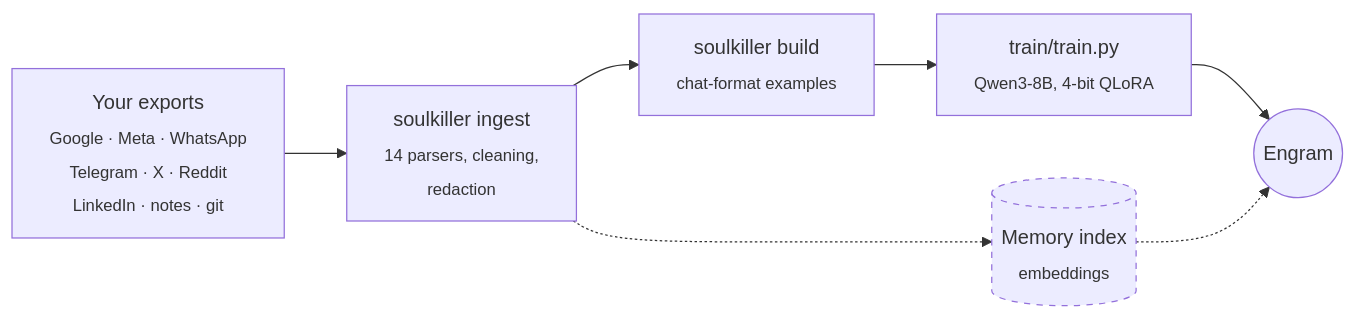
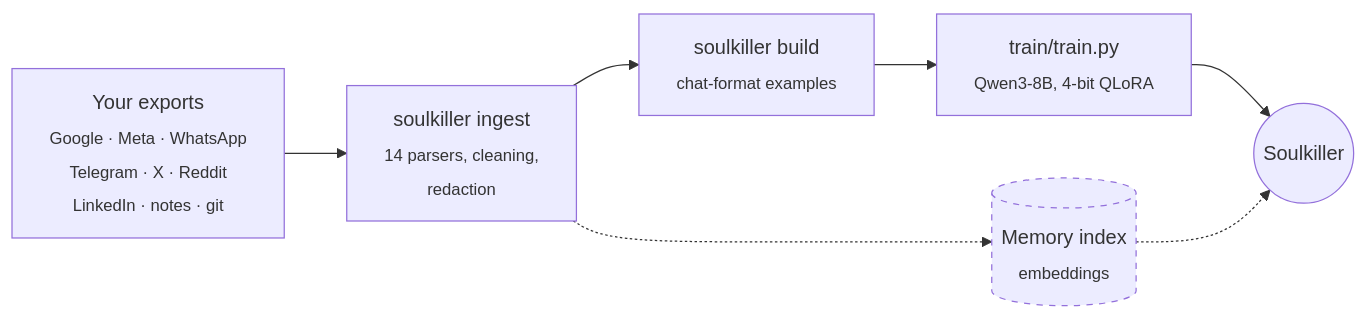
Before and after one commit to michaljach/soulkiller: the first of 2 diagrams in README.md, drawn with Mermaid. The commit also changed other lines of this file, not shown here.

First line of the commit message:
README: rename engram to Soulkiller

````diff
--- a/README.md
+++ b/README.md
@@ -56,15 +56,15 @@
 ```mermaid
 flowchart LR
     RAW["Your exports<br/><sub>Google · Meta · WhatsApp<br/>Telegram · X · Reddit<br/>LinkedIn · notes · git</sub>"]
     ING["soulkiller ingest<br/><sub>14 parsers, cleaning,<br/>redaction</sub>"]
     BLD["soulkiller build<br/><sub>chat-format examples</sub>"]
     TRN["train/train.py<br/><sub>Qwen3-8B, 4-bit QLoRA</sub>"]
     IDX[("Memory index<br/><sub>embeddings</sub>")]
-    E(("Engram"))
+    E(("Soulkiller"))
 
     RAW --> ING --> BLD --> TRN --> E
     ING -.-> IDX -.-> E
 
     classDef todo stroke-dasharray: 5 5
     class IDX todo
 ```
````
